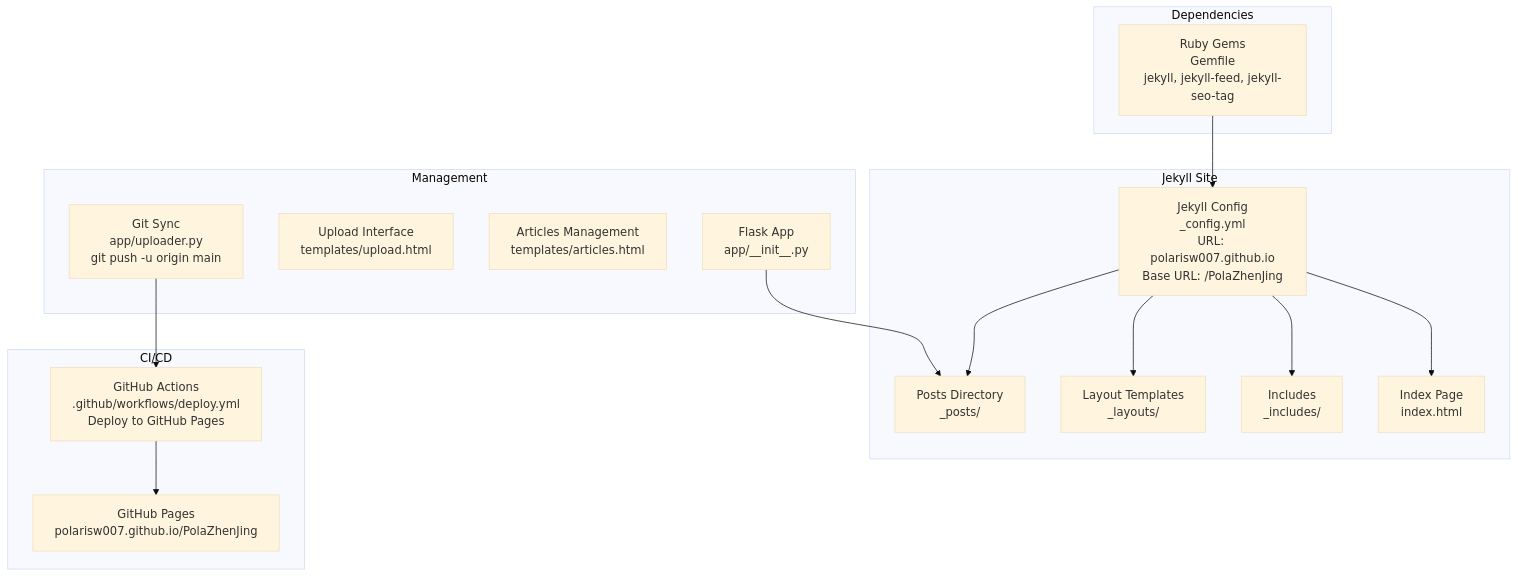
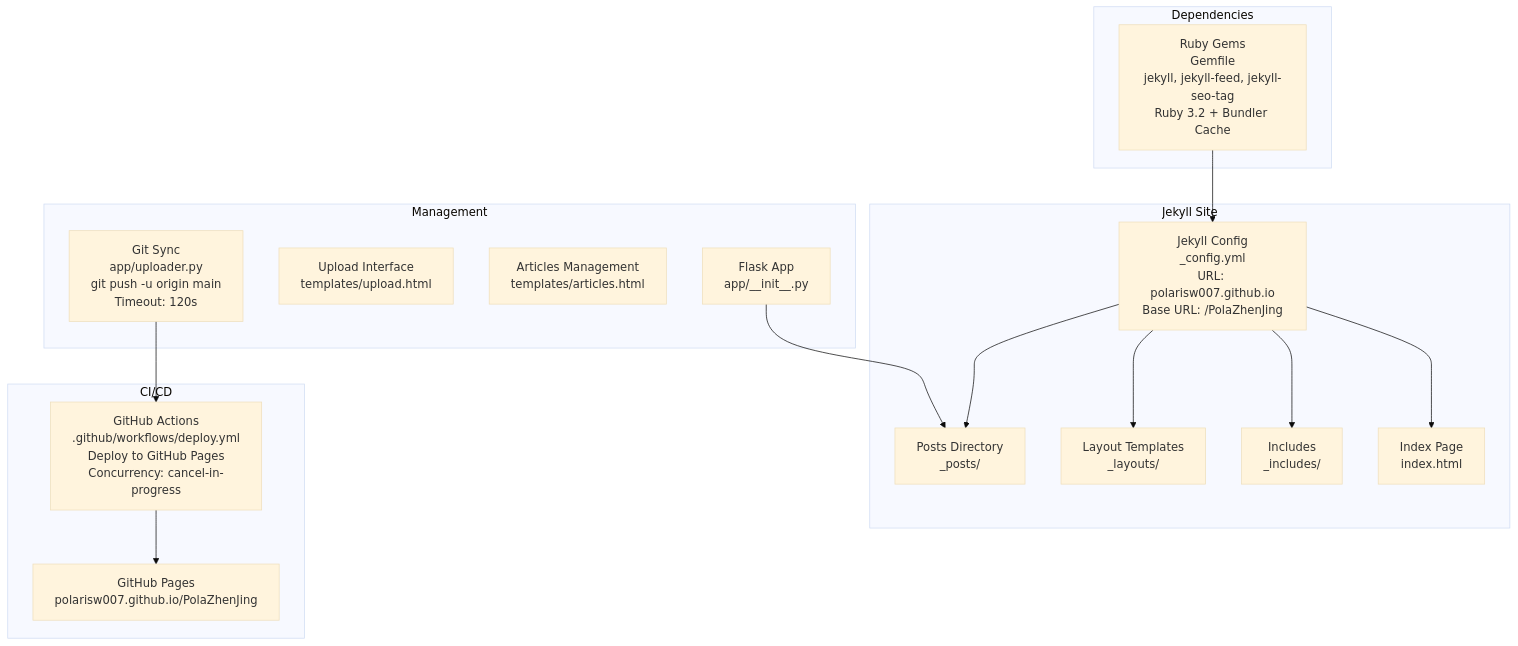
Before and after one commit to PolarisW007/PolaZhenJing: the first of 4 diagrams in .qoder/repowiki/en/content/Backend Application/Publishing Pipeline.md, drawn with Mermaid (base theme). The commit also changed other lines of this file and 17 other files, not shown here.

Commit message:
Add article preview, GitHub links, improved PDF conversion

````diff
--- a/.qoder/repowiki/en/content/Backend Application/Publishing Pipeline.md
+++ b/.qoder/repowiki/en/content/Backend Application/Publishing Pipeline.md
@@ -47,31 +47,31 @@
 ```mermaid
 graph TB
 subgraph "Jekyll Site"
 A["Jekyll Config<br/>_config.yml<br/>URL: polarisw007.github.io<br/>Base URL: /PolaZhenJing"]
 B["Posts Directory<br/>_posts/"]
 C["Layout Templates<br/>_layouts/"]
 D["Includes<br/>_includes/"]
 E["Index Page<br/>index.html"]
 end
 subgraph "Management"
 F["Flask App<br/>app/__init__.py"]
 G["Upload Interface<br/>templates/upload.html"]
 H["Articles Management<br/>templates/articles.html"]
-I["Git Sync<br/>app/uploader.py<br/>git push -u origin main"]
+I["Git Sync<br/>app/uploader.py<br/>git push -u origin main<br/>Timeout: 120s"]
 end
 subgraph "CI/CD"
-J["GitHub Actions<br/>.github/workflows/deploy.yml<br/>Deploy to GitHub Pages"]
+J["GitHub Actions<br/>.github/workflows/deploy.yml<br/>Deploy to GitHub Pages<br/>Concurrency: cancel-in-progress"]
 K["GitHub Pages<br/>polarisw007.github.io/PolaZhenJing"]
 end
 subgraph "Dependencies"
-L["Ruby Gems<br/>Gemfile<br/>jekyll, jekyll-feed, jekyll-seo-tag"]
+L["Ruby Gems<br/>Gemfile<br/>jekyll, jekyll-feed, jekyll-seo-tag<br/>Ruby 3.2 + Bundler Cache"]
 end
 A --> B
 A --> C
 A --> D
 A --> E
 F --> B
 I --> J
 J --> K
 L --> A
 ```
````
